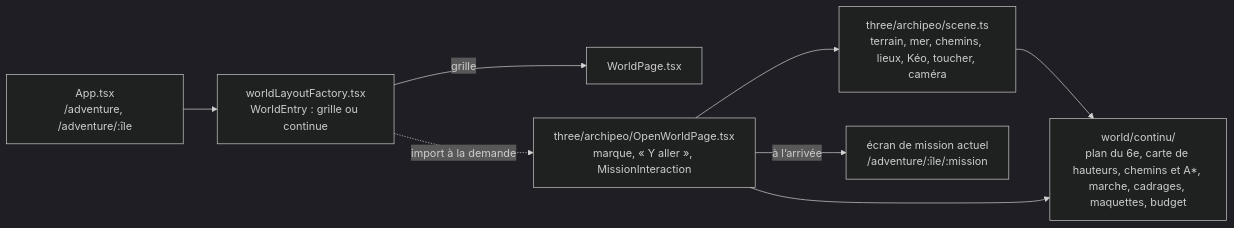
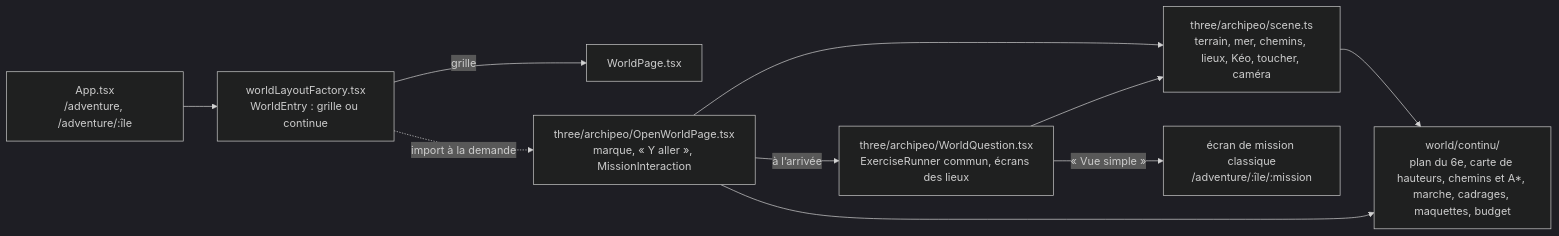
Before and after one commit to g7ed6e/dysapps: the fourth of 4 diagrams in docs/architecture/monde.md, drawn with Mermaid (dark theme). The commit also changed other lines of this file and 23 other files, not shown here.

First line of the commit message:
Monde ouvert du 6e, lot 4 : les compétences jouées dans les lieux

````diff
--- a/docs/architecture/monde.md
+++ b/docs/architecture/monde.md
@@ -72,10 +72,12 @@
 ```mermaid
 flowchart LR
   app[App.tsx<br/>/adventure, /adventure/:île] --> fabrique[worldLayoutFactory.tsx<br/>WorldEntry : grille ou continue]
   fabrique -- grille --> page[WorldPage.tsx]
   fabrique -. import à la demande .-> ouvert[three/archipeo/OpenWorldPage.tsx<br/>marque, « Y aller », MissionInteraction]
   ouvert --> scene[three/archipeo/scene.ts<br/>terrain, mer, chemins, lieux, Kéo, toucher, caméra]
   scene --> continu[world/continu/<br/>plan du 6e, carte de hauteurs, chemins et A*, marche, cadrages, maquettes, budget]
   ouvert --> continu
-  ouvert -- à l’arrivée --> mission[écran de mission actuel<br/>/adventure/:île/:mission]
+  ouvert -- à l’arrivée --> question[three/archipeo/WorldQuestion.tsx<br/>ExerciseRunner commun, écrans des lieux]
+  question --> scene
+  question -- « Vue simple » --> mission[écran de mission classique<br/>/adventure/:île/:mission]
 ```
````
